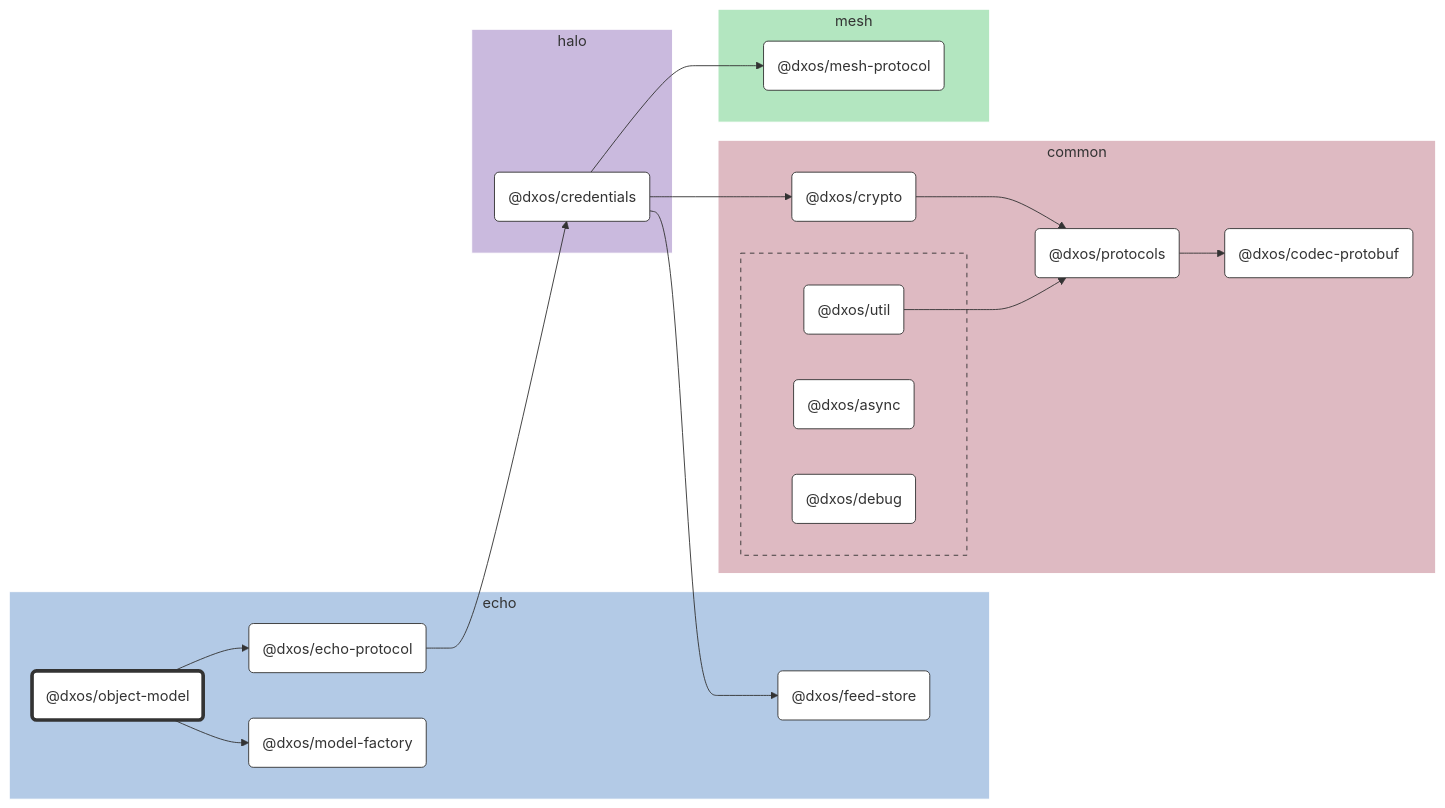
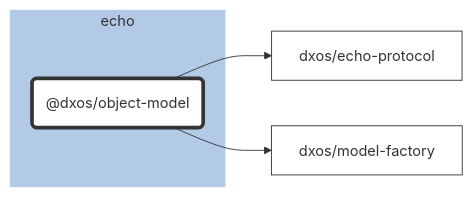
One commit to dxos/dxos changed the diagram in packages/echo/object-model/docs/README.md. Above: the diagram before and after it, drawn with Mermaid. The commit also changed 84 other files, not shown here.

````diff
--- a/packages/echo/object-model/docs/README.md
+++ b/packages/echo/object-model/docs/README.md
@@ -9,85 +9,20 @@
 
 flowchart LR
 
-%% Links
-dxos/credentials --> dxos/crypto;
-dxos/credentials --> dxos/feed-store;
-dxos/credentials --> dxos/mesh-protocol;
-dxos/crypto --> dxos/protocols;
-dxos/echo-protocol --> dxos/credentials;
-dxos/object-model --> dxos/echo-protocol;
-dxos/object-model --> dxos/model-factory;
-dxos/protocols --> dxos/codec-protobuf;
-dxos/util --> dxos/protocols;
+%% Classes
+classDef default fill:#fff,stroke:#333,stroke-width:1px
+classDef root fill:#fff,stroke:#333,stroke-width:4px
 
-%% Sections
-subgraph echo
-  style echo fill:#b3cae6,stroke:#fff;
+%% Nodes
 
-  dxos/echo-protocol("@dxos/echo-protocol")
-  dxos/feed-store("@dxos/feed-store")
-  dxos/model-factory("@dxos/model-factory")
-  dxos/object-model("@dxos/object-model")
+subgraph echo [echo]
+  style echo fill:#b3cae6,stroke:#fff
+  dxos/object-model("@dxos/object-model"):::root
+  click dxos/object-model "dxos/dxos/tree/main/packages/echo/object-model/docs"
 end
 
-subgraph common
-  style common fill:#debac2,stroke:#fff;
-
-  dxos/codec-protobuf("@dxos/codec-protobuf")
-  dxos/crypto("@dxos/crypto")
-  dxos/protocols("@dxos/protocols")
-
-  subgraph common-excluded [ ]
-    style common-excluded fill:#debac2,stroke:#333,stroke-dasharray:5 5;
-
-    dxos/async("@dxos/async")
-    dxos/debug("@dxos/debug")
-    dxos/util("@dxos/util")
-  end
-end
-
-subgraph halo
-  style halo fill:#cabade,stroke:#fff;
-
-  dxos/credentials("@dxos/credentials")
-end
-
-subgraph mesh
-  style mesh fill:#b3e6c0,stroke:#fff;
-
-  dxos/mesh-protocol("@dxos/mesh-protocol")
-end
-
-
-%% Hyperlinks
-click dxos/async "dxos/dxos/tree/main/packages/common/async/docs";
-click dxos/codec-protobuf "dxos/dxos/tree/main/packages/common/codec-protobuf/docs";
-click dxos/credentials "dxos/dxos/tree/main/packages/halo/credentials/docs";
-click dxos/crypto "dxos/dxos/tree/main/packages/common/crypto/docs";
-click dxos/debug "dxos/dxos/tree/main/packages/common/debug/docs";
-click dxos/echo-protocol "dxos/dxos/tree/main/packages/echo/echo-protocol/docs";
-click dxos/feed-store "dxos/dxos/tree/main/packages/echo/feed-store/docs";
-click dxos/mesh-protocol "dxos/dxos/tree/main/packages/mesh/mesh-protocol/docs";
-click dxos/model-factory "dxos/dxos/tree/main/packages/echo/model-factory/docs";
-click dxos/protocols "dxos/dxos/tree/main/packages/common/protocols/docs";
-click dxos/util "dxos/dxos/tree/main/packages/common/util/docs";
-
-%% Styles
-classDef rootNode fill:#fff,stroke:#333,stroke-width:4px
-classDef defaultNode fill:#fff,stroke:#333,stroke-width:1px
+%% Links
 linkStyle default stroke:#333,stroke-width:1px
-
-dxos/object-model:::rootNode
-
-dxos/async:::defaultNode
-dxos/codec-protobuf:::defaultNode
-dxos/credentials:::defaultNode
-dxos/crypto:::defaultNode
-dxos/debug:::defaultNode
-dxos/echo-protocol:::defaultNode
-dxos/feed-store:::defaultNode
-dxos/mesh-protocol:::defaultNode
-dxos/model-factory:::defaultNode
-dxos/protocols:::defaultNode
-dxos/util:::defaultNode
+dxos/object-model --> dxos/echo-protocol
+dxos/object-model --> dxos/model-factory
 ```
````
